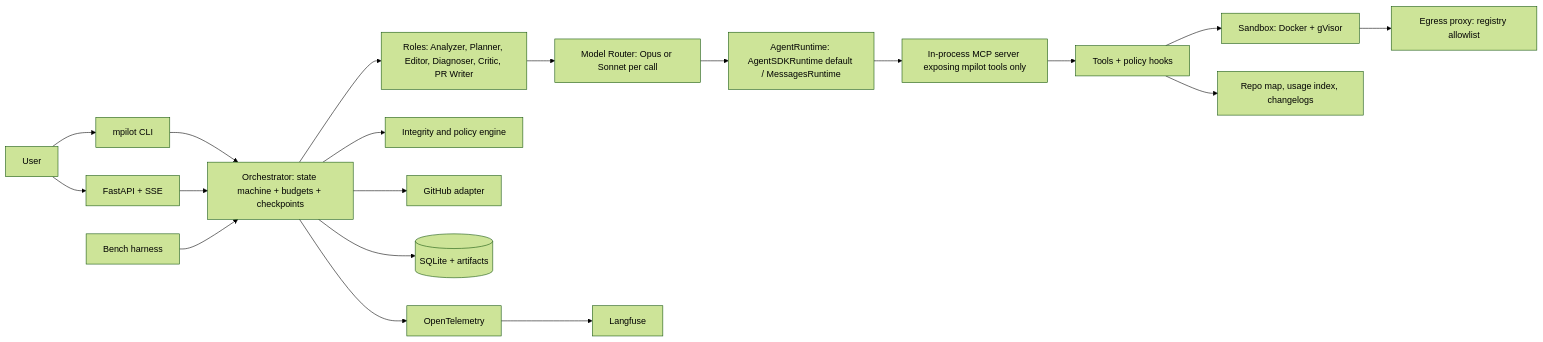
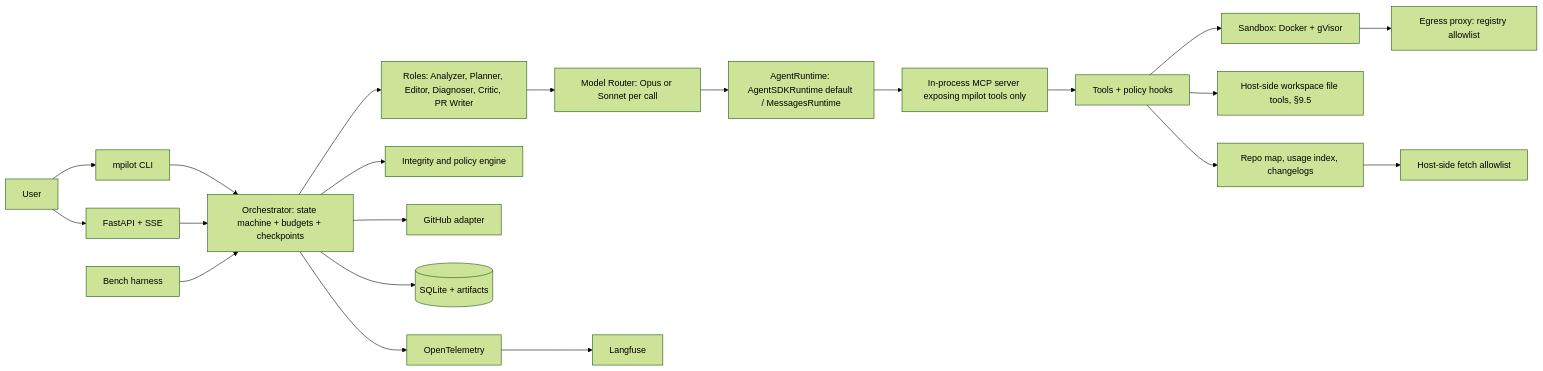
Before and after one commit to PuruSaluja/Migration-Pilot: the diagram in SPEC.md, drawn with Mermaid (forest theme). The commit also changed other lines of this file and 8 other files, not shown here.

````diff
--- a/SPEC.md
+++ b/SPEC.md
@@ -253,17 +261,18 @@
 ```mermaid
 flowchart LR
   U[User] --> CLI[mpilot CLI] --> ORCH
   U --> API[FastAPI + SSE] --> ORCH[Orchestrator: state machine + budgets + checkpoints]
   ORCH --> ROLES[Roles: Analyzer, Planner, Editor, Diagnoser, Critic, PR Writer]
   ROLES --> ROUTER[Model Router: Opus or Sonnet per call]
   ROUTER --> RT[AgentRuntime: AgentSDKRuntime default / MessagesRuntime]
   RT --> MCP[In-process MCP server exposing mpilot tools only]
   MCP --> TOOLS[Tools + policy hooks] --> SBX[Sandbox: Docker + gVisor]
+  TOOLS --> WS[Host-side workspace file tools, §9.5]
   SBX --> PROXY[Egress proxy: registry allowlist]
-  TOOLS --> KNOW[Repo map, usage index, changelogs]
+  TOOLS --> KNOW[Repo map, usage index, changelogs] --> FETCH[Host-side fetch allowlist]
   ORCH --> POL[Integrity and policy engine]
   ORCH --> VCS[GitHub adapter]
   ORCH --> DB[(SQLite + artifacts)]
   ORCH --> OTEL[OpenTelemetry] --> LF[Langfuse]
   BENCH[Bench harness] --> ORCH
 ```
````
